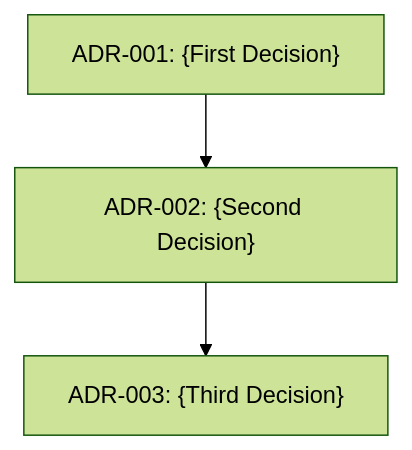
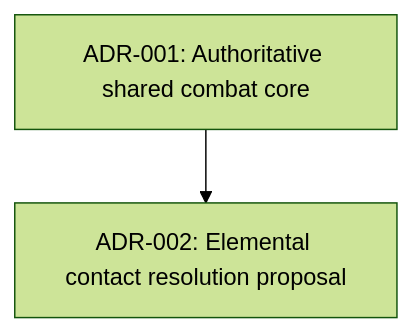
The diagram in Doc_7DSGCCopyCat/Docs(Template)/3_Outputs/ADRs/README.md (AescaLiebert/Roguelite-Turnbased-Project), drawn with Mermaid (forest theme) before and after one commit. The commit also changed other lines of this file and 356 other files, not shown here.

````diff
--- a/Doc_7DSGCCopyCat/Docs(Template)/3_Outputs/ADRs/README.md
+++ b/Doc_7DSGCCopyCat/Docs(Template)/3_Outputs/ADRs/README.md
@@ -7,8 +7,6 @@
 ```mermaid
 graph TD
-    ADR001["ADR-001: {First Decision}"]
-    ADR002["ADR-002: {Second Decision}"]
-    ADR003["ADR-003: {Third Decision}"]
+    ADR001["ADR-001: Authoritative shared combat core"]
+    ADR002["ADR-002: Elemental contact resolution proposal"]
     ADR001 --> ADR002
-    ADR002 --> ADR003
 ```
````
